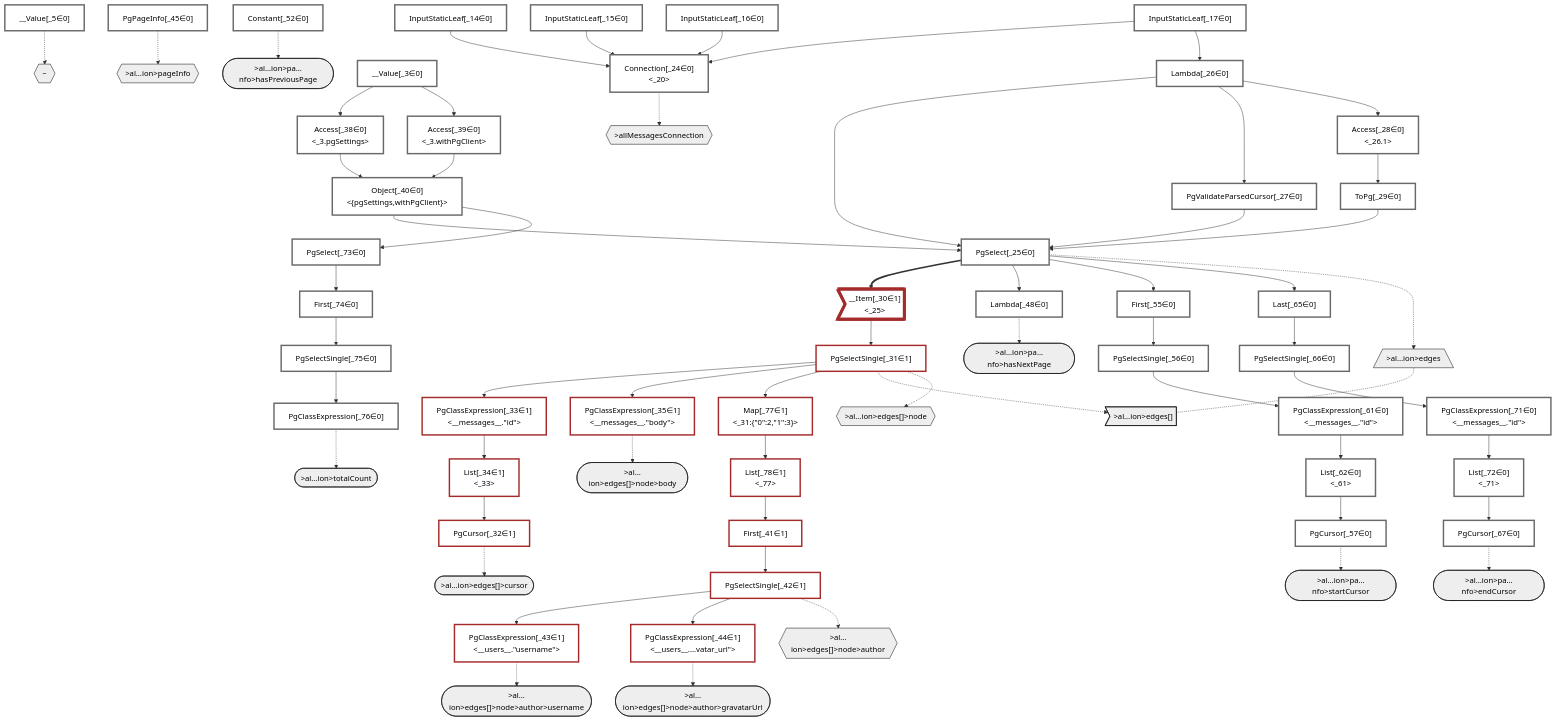
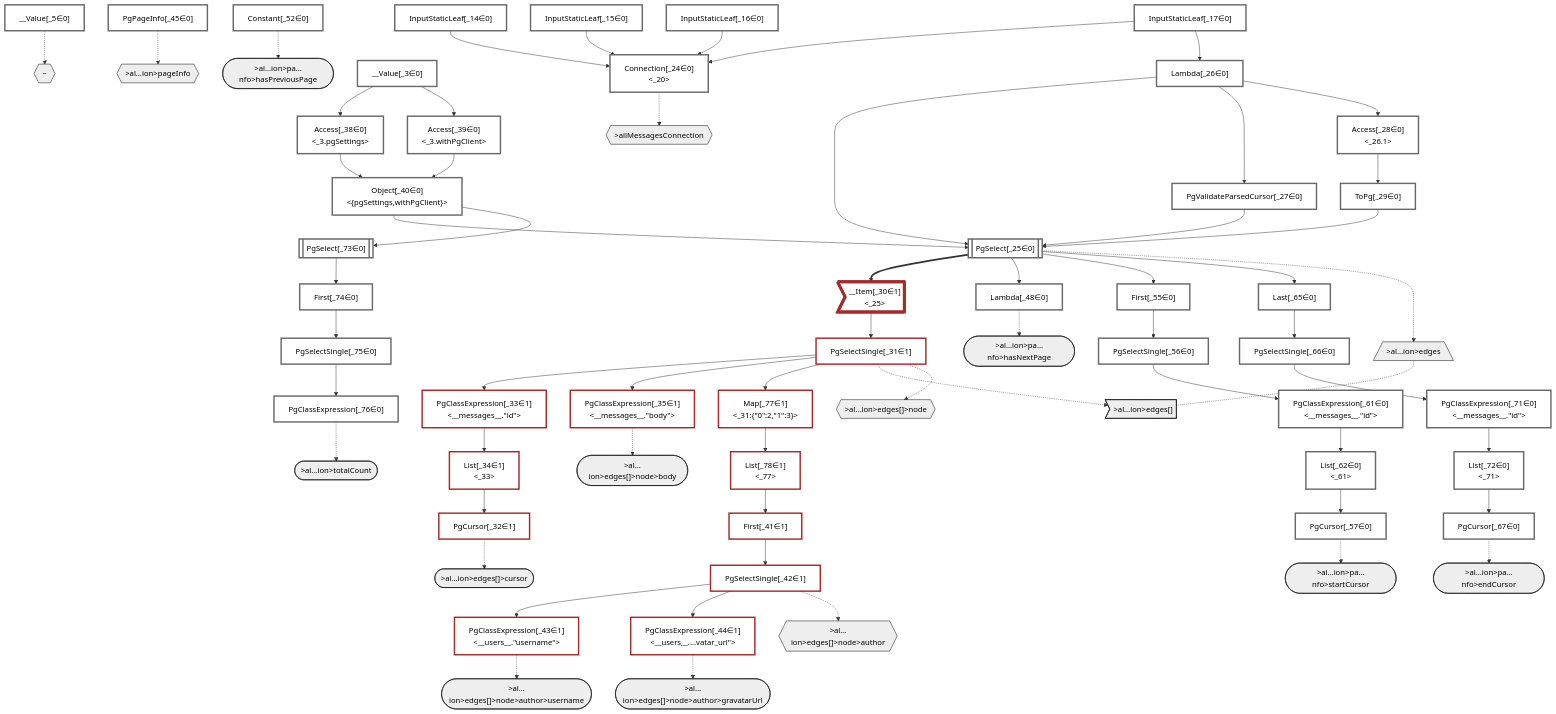
The diagram in packages/dataplan-pg/__tests__/queries/connections/pagination-before-end.mermaid.md (graphile/crystal), drawn with Mermaid before and after one commit. The commit also changed 195 other files, not shown here.

```diff
--- a/packages/dataplan-pg/__tests__/queries/connections/pagination-before-end.mermaid.md
+++ b/packages/dataplan-pg/__tests__/queries/connections/pagination-before-end.mermaid.md
@@ -47,7 +47,7 @@
     InputStaticLeaf_16["InputStaticLeaf[_16∈0]"]:::plan
     InputStaticLeaf_17["InputStaticLeaf[_17∈0]"]:::plan
     Connection_24["Connection[_24∈0]<br /><_20>"]:::plan
-    PgSelect_25["PgSelect[_25∈0]<br /><messages>"]:::plan
+    PgSelect_25[["PgSelect[_25∈0]<br /><messages>"]]:::plan
     Lambda_26["Lambda[_26∈0]<br /><parseCursor>"]:::plan
     PgValidateParsedCursor_27["PgValidateParsedCursor[_27∈0]"]:::plan
     Access_28["Access[_28∈0]<br /><_26.1>"]:::plan
@@ -78,7 +78,7 @@
     PgCursor_67["PgCursor[_67∈0]"]:::plan
     PgClassExpression_71["PgClassExpression[_71∈0]<br /><__messages__.#quot;id#quot;>"]:::plan
     List_72["List[_72∈0]<br /><_71>"]:::plan
-    PgSelect_73["PgSelect[_73∈0]<br /><messages>"]:::plan
+    PgSelect_73[["PgSelect[_73∈0]<br /><messages>"]]:::plan
     First_74["First[_74∈0]"]:::plan
     PgSelectSingle_75["PgSelectSingle[_75∈0]<br /><messages>"]:::plan
     PgClassExpression_76["PgClassExpression[_76∈0]<br /><count(*)>"]:::plan
```
